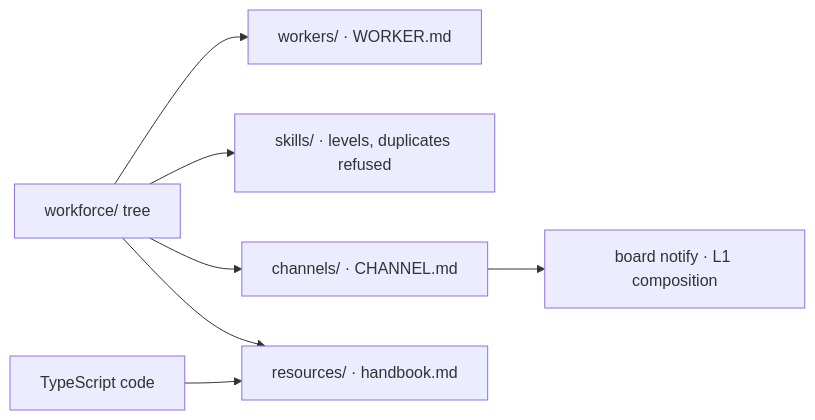
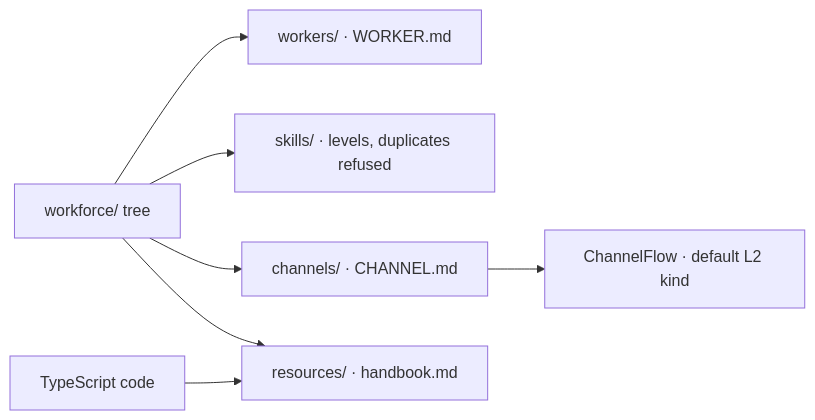
The second of 3 diagrams in spec/_epics/file-convention-surface.explainer.md (fixpoint-labs/flow-state-dev), drawn with Mermaid before and after one commit. The commit also changed other lines of this file and 1 other file, not shown here.

First line of the commit message:
spec(epic): ChannelFlow replaces Message Board on the W3 floor (FIX-1351)

````diff
--- a/spec/_epics/file-convention-surface.explainer.md
+++ b/spec/_epics/file-convention-surface.explainer.md
@@ -30,9 +30,9 @@
 ```mermaid
 flowchart LR
   TREE["workforce/ tree"] --> W["workers/ · WORKER.md"]
   TREE --> SK["skills/ · levels, duplicates refused"]
   TREE --> CH["channels/ · CHANNEL.md"]
   TREE --> RES["resources/ · handbook.md"]
   CODE["TypeScript code"] --> RES
-  CH --> BOARD["board notify · L1 composition"]
+  CH --> CF["ChannelFlow · default L2 kind"]
 ```
````
